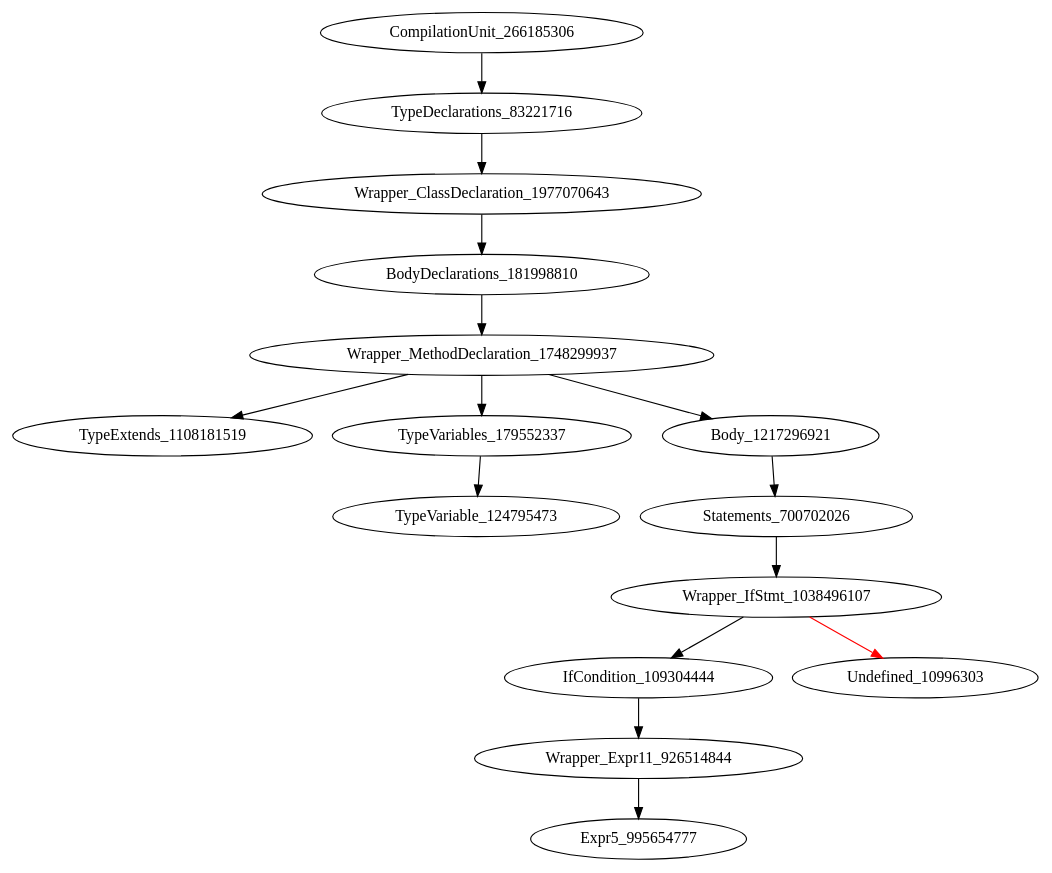
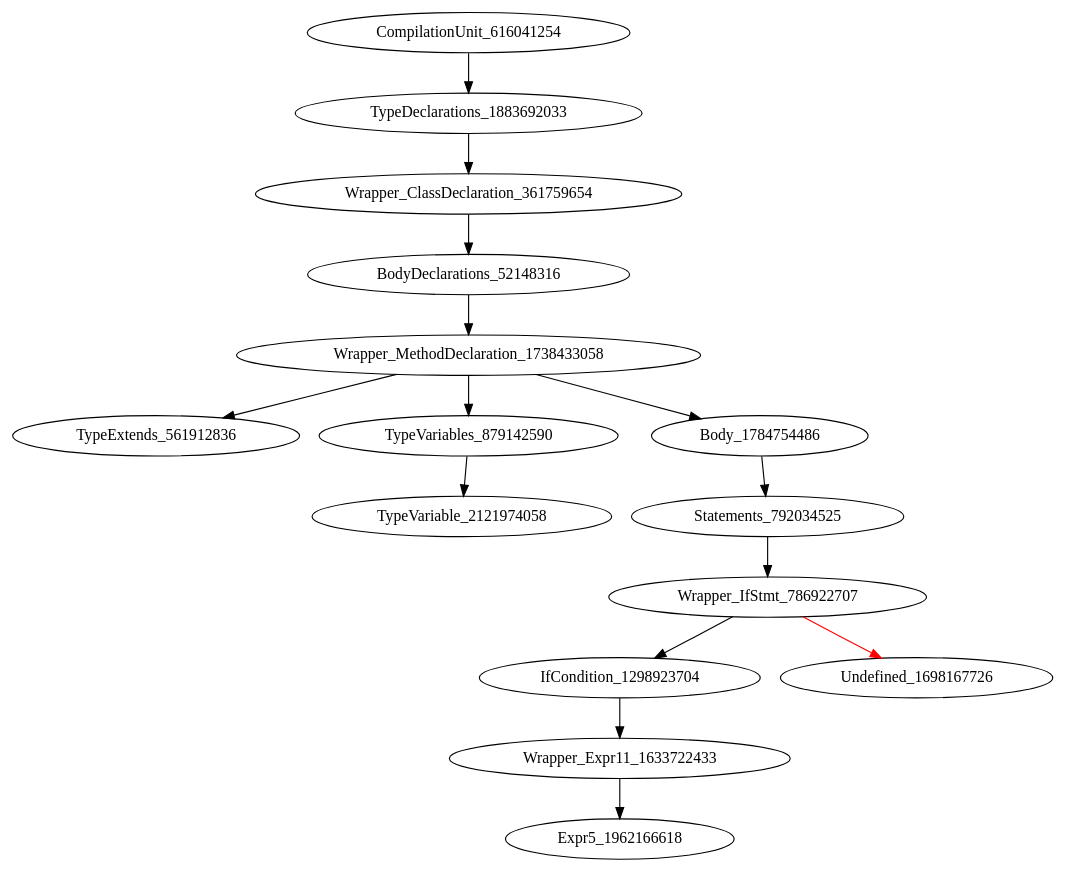
Before and after one commit to icse2023material/VoiceJava: the diagram in holeAST.dot, drawn with Graphviz. The commit also changed 7 other files, not shown here.

```diff
--- a/holeAST.dot
+++ b/holeAST.dot
@@ -1,16 +1,16 @@
 digraph {
-CompilationUnit_266185306 -> TypeDeclarations_83221716
-TypeDeclarations_83221716 -> Wrapper_ClassDeclaration_1977070643
-Wrapper_ClassDeclaration_1977070643 -> BodyDeclarations_181998810
-BodyDeclarations_181998810 -> Wrapper_MethodDeclaration_1748299937
-Wrapper_MethodDeclaration_1748299937 -> TypeExtends_1108181519
-Wrapper_MethodDeclaration_1748299937 -> TypeVariables_179552337
-Wrapper_MethodDeclaration_1748299937 -> Body_1217296921
-TypeVariables_179552337 -> TypeVariable_124795473
-Body_1217296921 -> Statements_700702026
-Statements_700702026 -> Wrapper_IfStmt_1038496107
-Wrapper_IfStmt_1038496107 -> IfCondition_109304444
-Wrapper_IfStmt_1038496107 -> Undefined_10996303 [color = red] 
-IfCondition_109304444 -> Wrapper_Expr11_926514844
-Wrapper_Expr11_926514844 -> Expr5_995654777
+CompilationUnit_616041254 -> TypeDeclarations_1883692033
+TypeDeclarations_1883692033 -> Wrapper_ClassDeclaration_361759654
+Wrapper_ClassDeclaration_361759654 -> BodyDeclarations_52148316
+BodyDeclarations_52148316 -> Wrapper_MethodDeclaration_1738433058
+Wrapper_MethodDeclaration_1738433058 -> TypeExtends_561912836
+Wrapper_MethodDeclaration_1738433058 -> TypeVariables_879142590
+Wrapper_MethodDeclaration_1738433058 -> Body_1784754486
+TypeVariables_879142590 -> TypeVariable_2121974058
+Body_1784754486 -> Statements_792034525
+Statements_792034525 -> Wrapper_IfStmt_786922707
+Wrapper_IfStmt_786922707 -> IfCondition_1298923704
+Wrapper_IfStmt_786922707 -> Undefined_1698167726 [color = red] 
+IfCondition_1298923704 -> Wrapper_Expr11_1633722433
+Wrapper_Expr11_1633722433 -> Expr5_1962166618
 }
```
